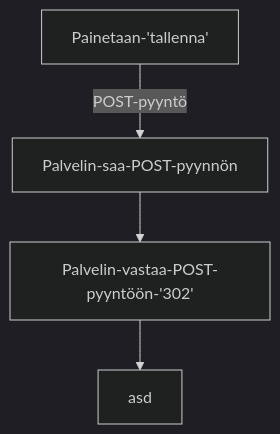
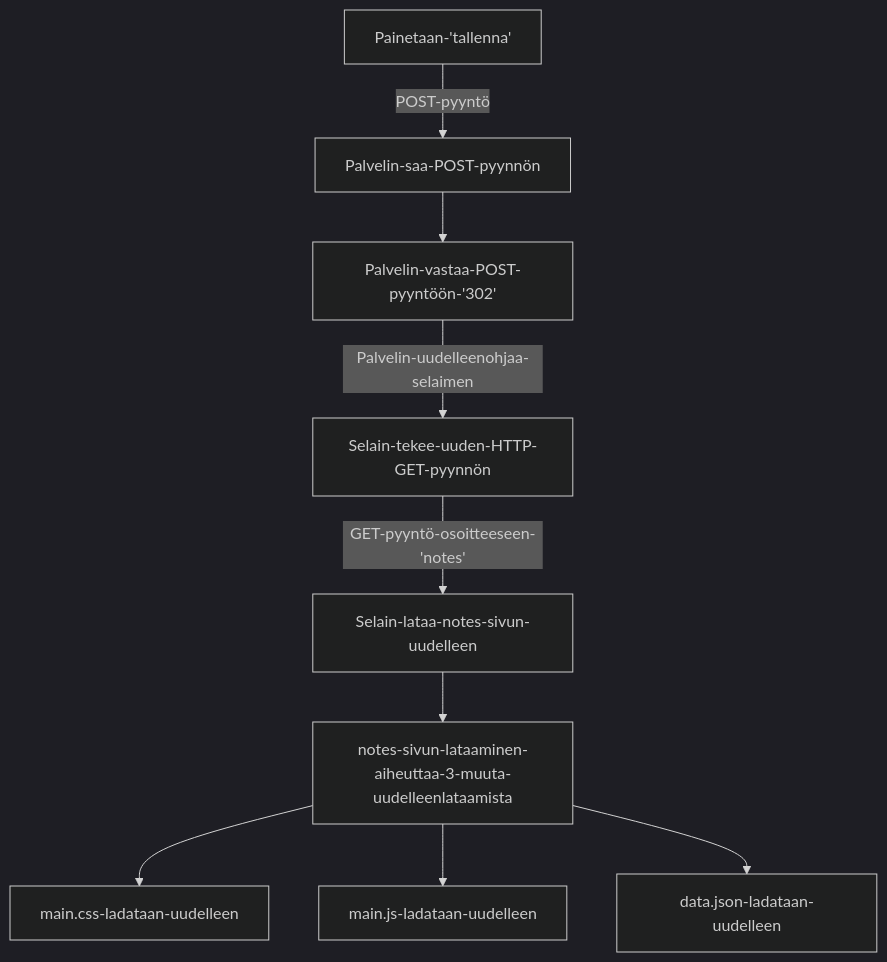
The diagram in 0.4.md (PasiParviainen/Fullstackosa0), drawn with Mermaid (dark theme) before and after one commit.

````diff
--- a/0.4.md
+++ b/0.4.md
@@ -1,7 +1,11 @@
 ```mermaid
 graph TD;
   Painetaan-'tallenna'--POST-pyyntö-->
   Palvelin-saa-POST-pyynnön-->
-  Palvelin-vastaa-POST-pyyntöön-'302'-->
-  asd;
+  Palvelin-vastaa-POST-pyyntöön-'302'--Palvelin-uudelleenohjaa-selaimen-->
+  Selain-tekee-uuden-HTTP-GET-pyynnön--GET-pyyntö-osoitteeseen-'notes'-->
+  Selain-lataa-notes-sivun-uudelleen-->
+  notes-sivun-lataaminen-aiheuttaa-3-muuta-uudelleenlataamista-->main.css-ladataan-uudelleen
+  notes-sivun-lataaminen-aiheuttaa-3-muuta-uudelleenlataamista-->main.js-ladataan-uudelleen
+  notes-sivun-lataaminen-aiheuttaa-3-muuta-uudelleenlataamista-->data.json-ladataan-uudelleen;
 ```
````
